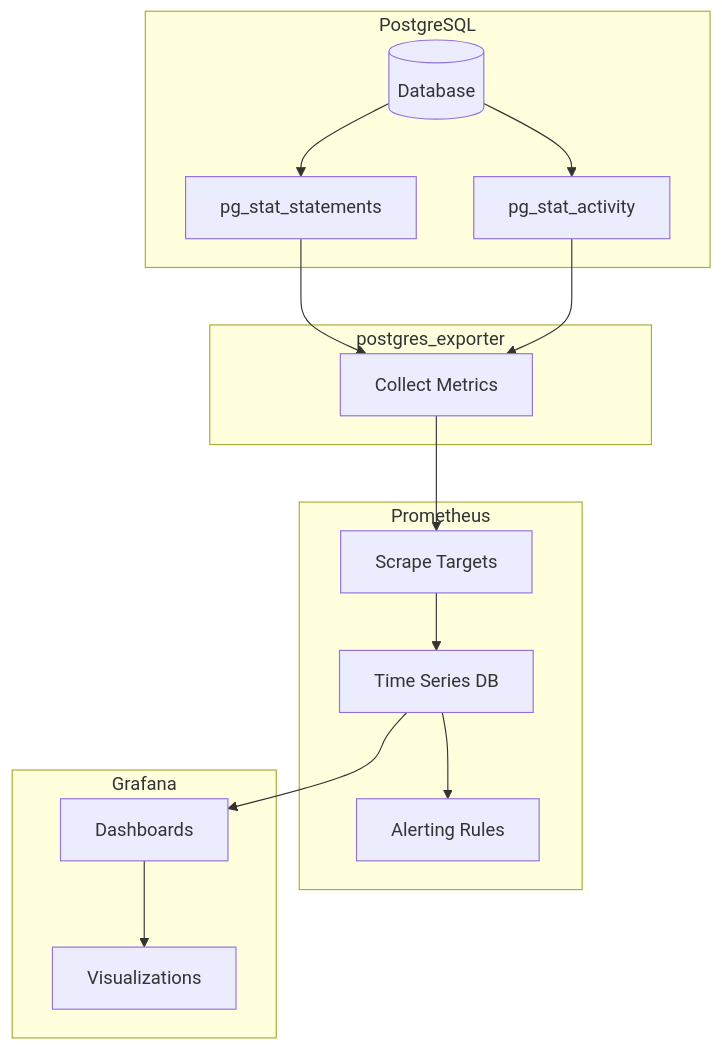
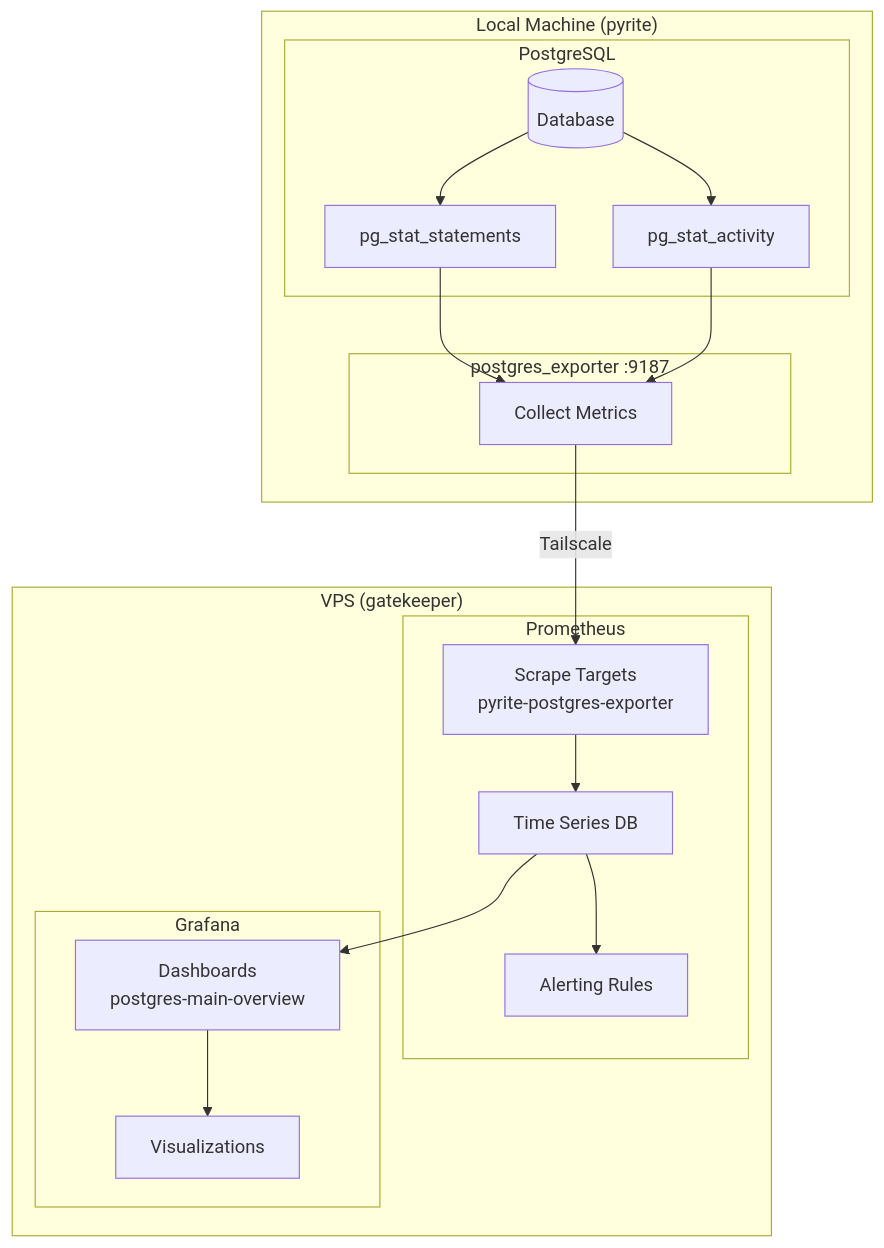
The seventh of 7 diagrams in docs/architecture.md (gperdrizet/postgreSQL-server), drawn with Mermaid before and after one commit. The commit also changed other lines of this file and 12 other files, not shown here.

````diff
--- a/docs/architecture.md
+++ b/docs/architecture.md
@@ -152,33 +157,37 @@
 ```mermaid
 flowchart TB
-    subgraph PostgreSQL
-        PG[(Database)]
-        PSS[pg_stat_statements]
-        PSA[pg_stat_activity]
+    subgraph Local["Local Machine (pyrite)"]
+        subgraph PostgreSQL
+            PG[(Database)]
+            PSS[pg_stat_statements]
+            PSA[pg_stat_activity]
+        end
+
+        subgraph Exporter["postgres_exporter :9187"]
+            COLLECT[Collect Metrics]
+        end
     end
     
-    subgraph Exporter[postgres_exporter]
-        COLLECT[Collect Metrics]
-    end
-    
-    subgraph Prometheus
-        SCRAPE[Scrape Targets]
-        STORE[Time Series DB]
-        ALERT[Alerting Rules]
-    end
-    
-    subgraph Grafana
-        DASH[Dashboards]
-        VIS[Visualizations]
+    subgraph VPS["VPS (gatekeeper)"]
+        subgraph Prometheus
+            SCRAPE[Scrape Targets<br/>pyrite-postgres-exporter]
+            STORE[Time Series DB]
+            ALERT[Alerting Rules]
+        end
+
+        subgraph Grafana
+            DASH[Dashboards<br/>postgres-main-overview]
+            VIS[Visualizations]
+        end
     end
     
     PG --> PSS
     PG --> PSA
     PSS --> COLLECT
     PSA --> COLLECT
-    COLLECT --> SCRAPE
+    COLLECT -->|"Tailscale"| SCRAPE
     SCRAPE --> STORE
     STORE --> DASH
     STORE --> ALERT
     DASH --> VIS
 ```
````
